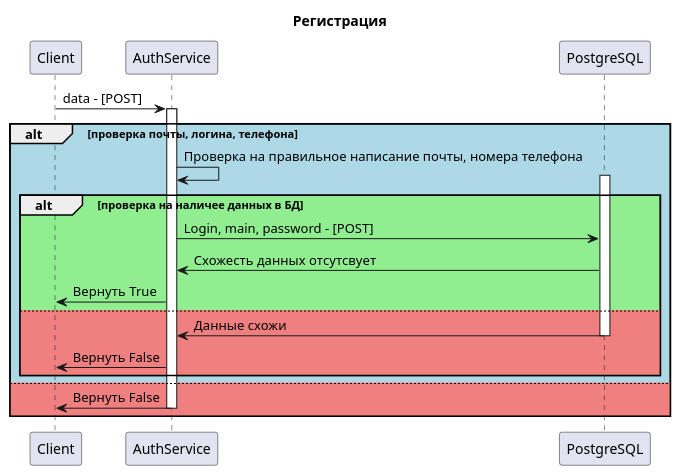
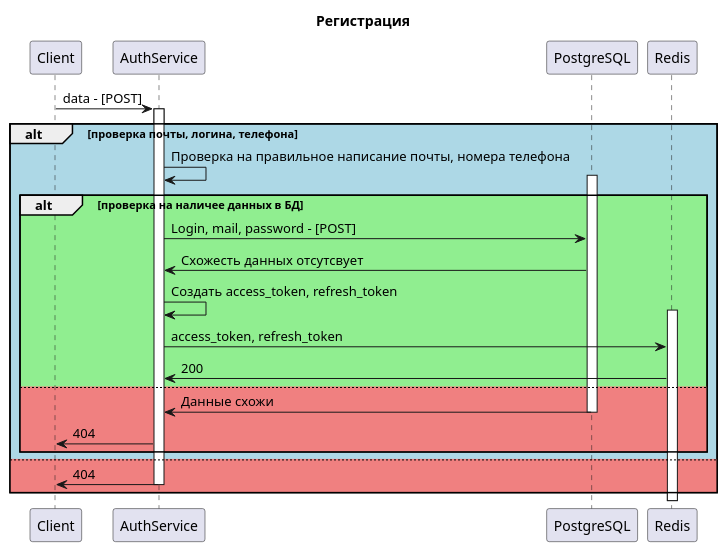
Before and after one commit to ARtiDPA/Auth: the diagram in architecture/signup.puml, drawn with PlantUML. The commit also changed 11 other files, not shown here.

Commit message:
feet[sheme]: изменил схемы входа и регистрации

```diff
--- a/architecture/signup.puml
+++ b/architecture/signup.puml
@@ -1,21 +1,24 @@
 @startuml Регистрация
 title: Регистрация
 Client -> AuthService: data - [POST]
 alt #LightBlue проверка почты, логина, телефона
     activate AuthService
     AuthService -> AuthService: Проверка на правильное написание почты, номера телефона
     alt #LightGreen проверка на наличее данных в БД
         activate PostgreSQL
-        AuthService -> PostgreSQL: Login, main, password - [POST]
+        AuthService -> PostgreSQL: Login, mail, password - [POST]
         PostgreSQL -> AuthService: Схожесть данных отсутсвует
-        AuthService -> Client: Вернуть True
+        AuthService -> AuthService: Создать access_token, refresh_token
+        activate Redis
+        AuthService -> Redis: access_token, refresh_token
+        Redis -> AuthService: 200
     else #LightCoral
         PostgreSQL -> AuthService: Данные схожи
         deactivate PostgreSQL
-        AuthService -> Client: Вернуть False
+        AuthService -> Client: 404
     end    
 else #LightCoral
-    AuthService -> Client: Вернуть False
+    AuthService -> Client: 404
     deactivate AuthService
 end
 @enduml
```
